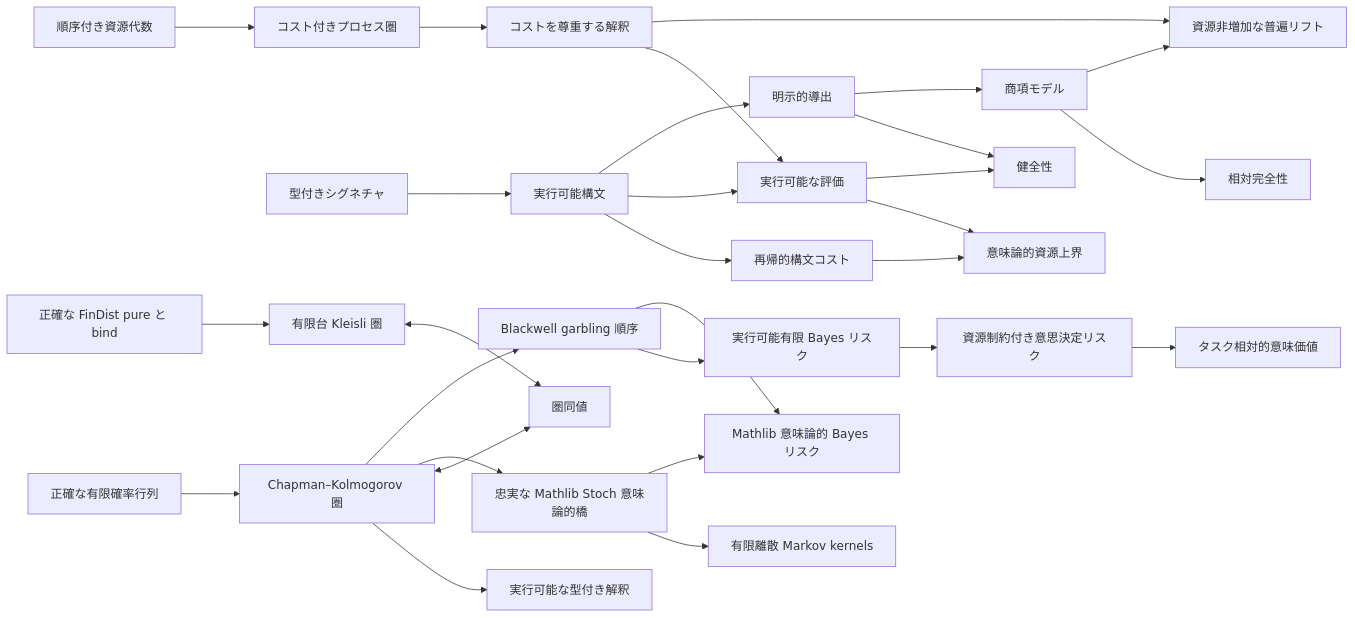
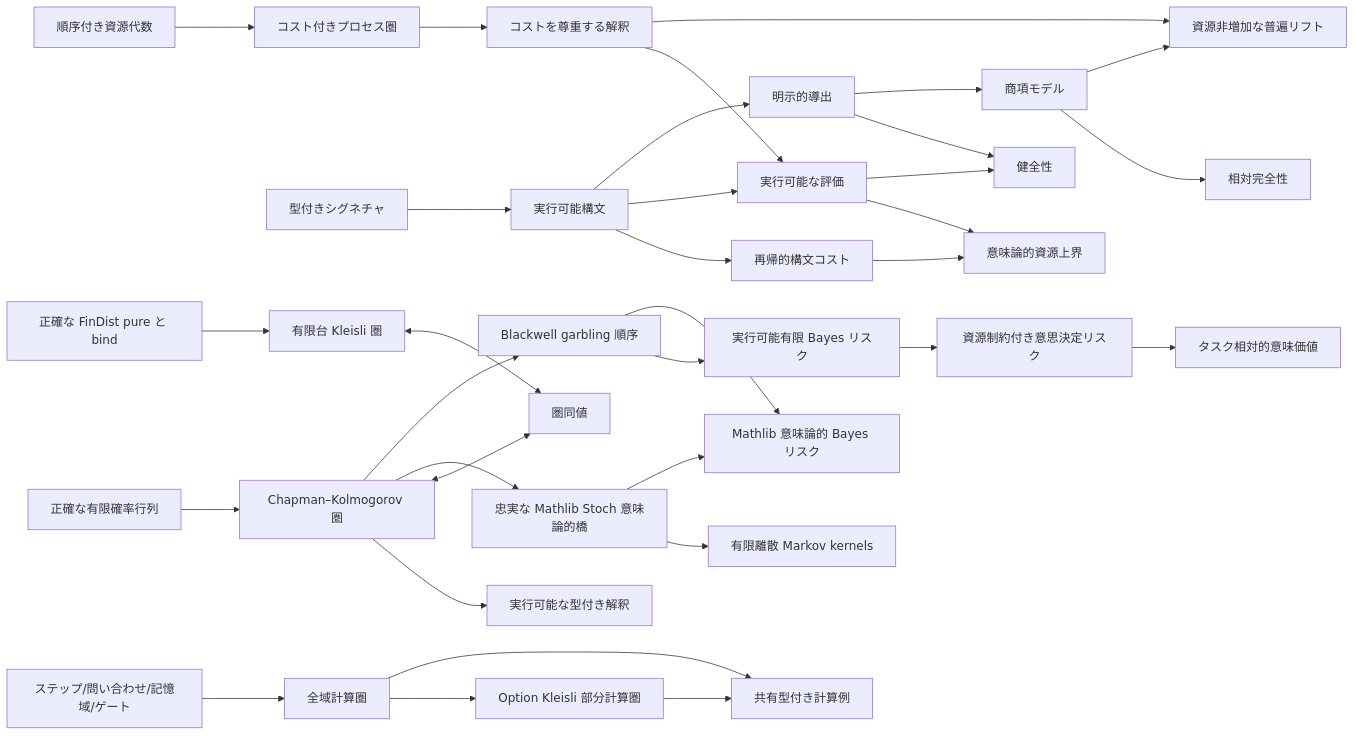
One commit to miuchan/ript changed the diagram in docs/README.ja.md. Above: the diagram before and after it, drawn with Mermaid. The commit also changed other lines of this file and 13 other files, not shown here.

````diff
--- a/docs/README.ja.md
+++ b/docs/README.ja.md
@@ -325,31 +350,35 @@
 ```mermaid
 flowchart LR
   R["順序付き資源代数"] --> C["コスト付きプロセス圏"]
   S["型付きシグネチャ"] --> X["実行可能構文"]
   X --> K["再帰的構文コスト"]
   C --> I["コストを尊重する解釈"]
   X --> E["実行可能な評価"]
   I --> E
   K --> B["意味論的資源上界"]
   E --> B
   X --> D["明示的導出"]
   D --> SO["健全性"]
   E --> SO
   D --> T["商項モデル"]
   T --> CO["相対完全性"]
   I --> U["資源非増加な普遍リフト"]
   T --> U
   F["正確な有限確率行列"] --> CK["Chapman–Kolmogorov 圏"]
   CK --> EX["実行可能な型付き解釈"]
   FD["正確な FinDist pure と bind"] --> KL["有限台 Kleisli 圏"]
   CK <--> EQ["圏同値"]
   KL <--> EQ
   CK --> ST["忠実な Mathlib Stoch 意味論的橋"]
   ST --> MT["有限離散 Markov kernels"]
   CK --> BW["Blackwell garbling 順序"]
   ST --> SB["Mathlib 意味論的 Bayes リスク"]
   BW --> FR["実行可能有限 Bayes リスク"]
   FR --> RR["資源制約付き意思決定リスク"]
   RR --> SV["タスク相対的意味価値"]
   BW --> SB
+  CR["ステップ/問い合わせ/記憶域/ゲート"] --> TC["全域計算圏"]
+  TC --> PC["Option Kleisli 部分計算圏"]
+  TC --> CE["共有型付き計算例"]
+  PC --> CE
 ```
````
